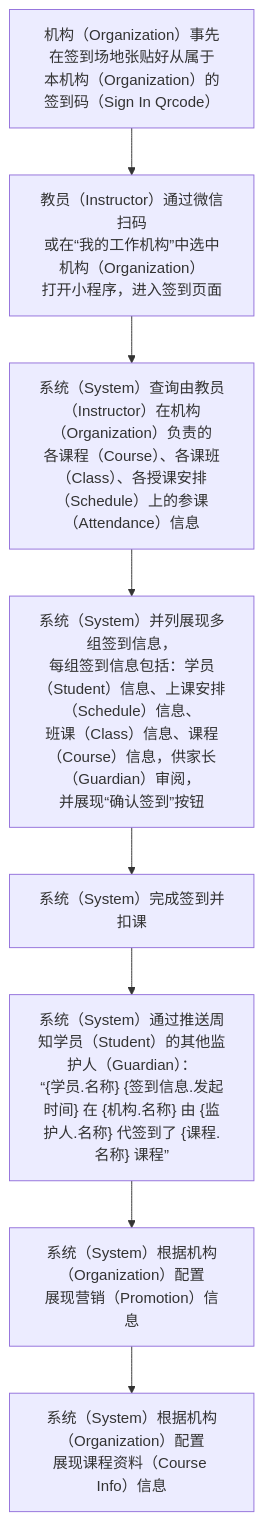
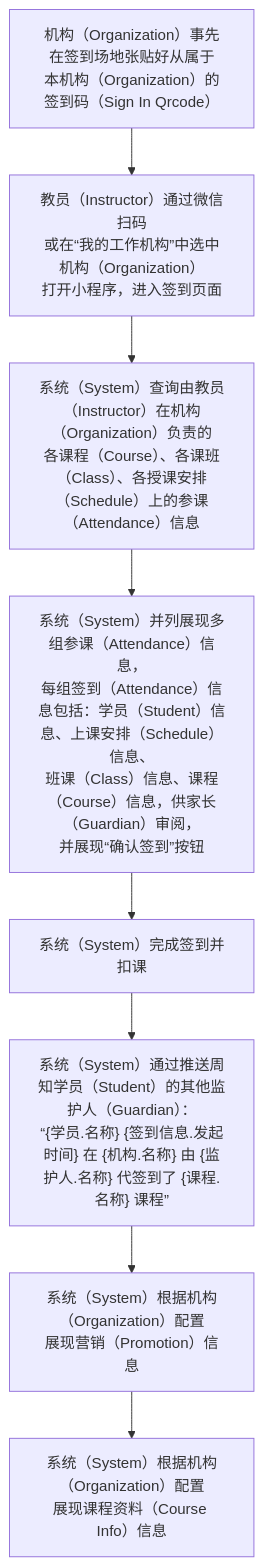
One commit to world-wide-web/sign changed the third of 3 diagrams in 用例/签到.md. Above: the diagram before and after it, drawn with Mermaid. The commit also changed other lines of this file, not shown here.

Commit message:
用例/签到.md updated from https://stackedit.io/

````diff
--- a/用例/签到.md
+++ b/用例/签到.md
@@ -81,18 +81,18 @@
 ```mermaid
 graph TD
 A["<center>机构（Organization）事先在签到场地张贴好从属于<br>本机构（Organization）的签到码（Sign In Qrcode）</center>"]
 B["<center>教员（Instructor）通过微信扫码<br>或在“我的工作机构”中选中机构（Organization）<br>打开小程序，进入签到页面</center>"]
 C["<center>系统（System）查询由教员（Instructor）在机构（Organization）负责的<br>各课程（Course）、各课班（Class）、各授课安排（Schedule）上的参课（Attendance）信息"]
-D["<center>系统（System）并列展现多组签到信息，<br>每组签到信息包括：学员（Student）信息、上课安排（Schedule）信息、<br>班课（Class）信息、课程（Course）信息，供家长（Guardian）审阅，<br>并展现“确认签到”按钮</center>"]
+D["<center>系统（System）并列展现多组参课（Attendance）信息，<br>每组签到（Attendance）信息包括：学员（Student）信息、上课安排（Schedule）信息、<br>班课（Class）信息、课程（Course）信息，供家长（Guardian）审阅，<br>并展现“确认签到”按钮</center>"]
 E["<center>系统（System）完成签到并扣课</center>"]
 F["<center>系统（System）通过推送周知学员（Student）的其他监护人（Guardian）：<br>“{学员.名称} {签到信息.发起时间} 在 {机构.名称} 由 {监护人.名称} 代签到了 {课程.名称} 课程”</center>"]
 G["<center>系统（System）根据机构（Organization）配置<br>展现营销（Promotion）信息</center>"]
 H["<center>系统（System）根据机构（Organization）配置<br>展现课程资料（Course Info）信息</center>"]
 A-->B
 B-->C
 C-->D
 D-->E
 E-->F
 F-->G
 G-->H
 ```
````
